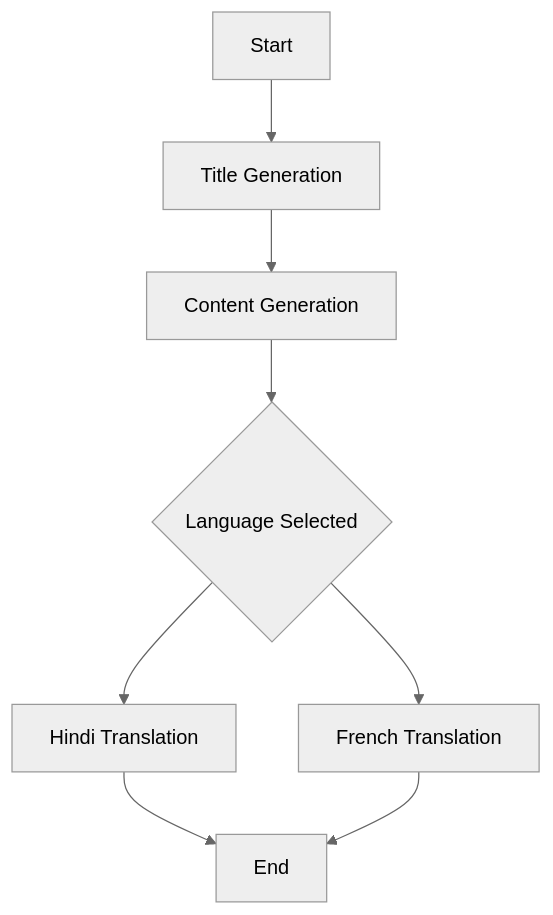
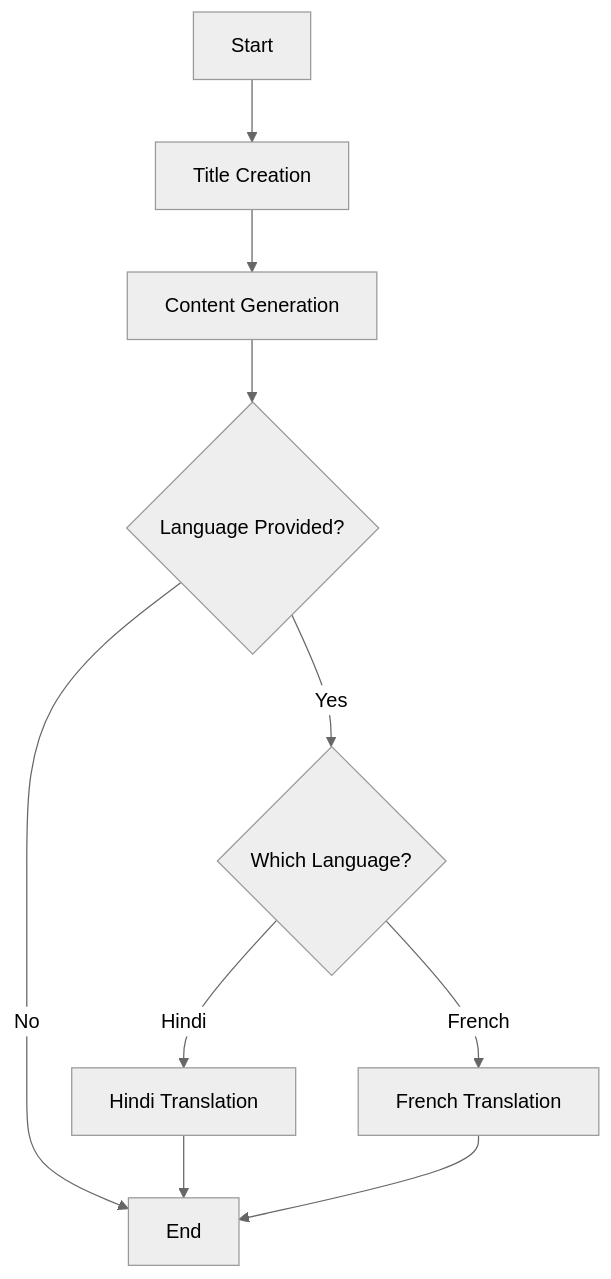
One commit to awasthi-anjali/Blog-Generation-and-Translation changed the second of 3 diagrams in README.md. Above: the diagram before and after it, drawn with Mermaid (neutral theme). The commit also changed other lines of this file, not shown here.

````diff
--- a/README.md
+++ b/README.md
@@ -335,10 +32,12 @@
 ```mermaid
 flowchart TD
-    A[Start] --> B[Title Generation]
-    B --> C[Content Generation]
-    C --> D{Language Selected}
-    D --> E[Hindi Translation]
-    D --> F[French Translation]
-    E --> G[End]
-    F --> G
+    S[Start] --> T[Title Creation]
+    T --> C[Content Generation]
+    C --> Q{Language Provided?}
+    Q -- No --> E[End]
+    Q -- Yes --> R{Which Language?}
+    R -- Hindi --> H[Hindi Translation]
+    R -- French --> F[French Translation]
+    H --> E[End]
+    F --> E
 ```
````
